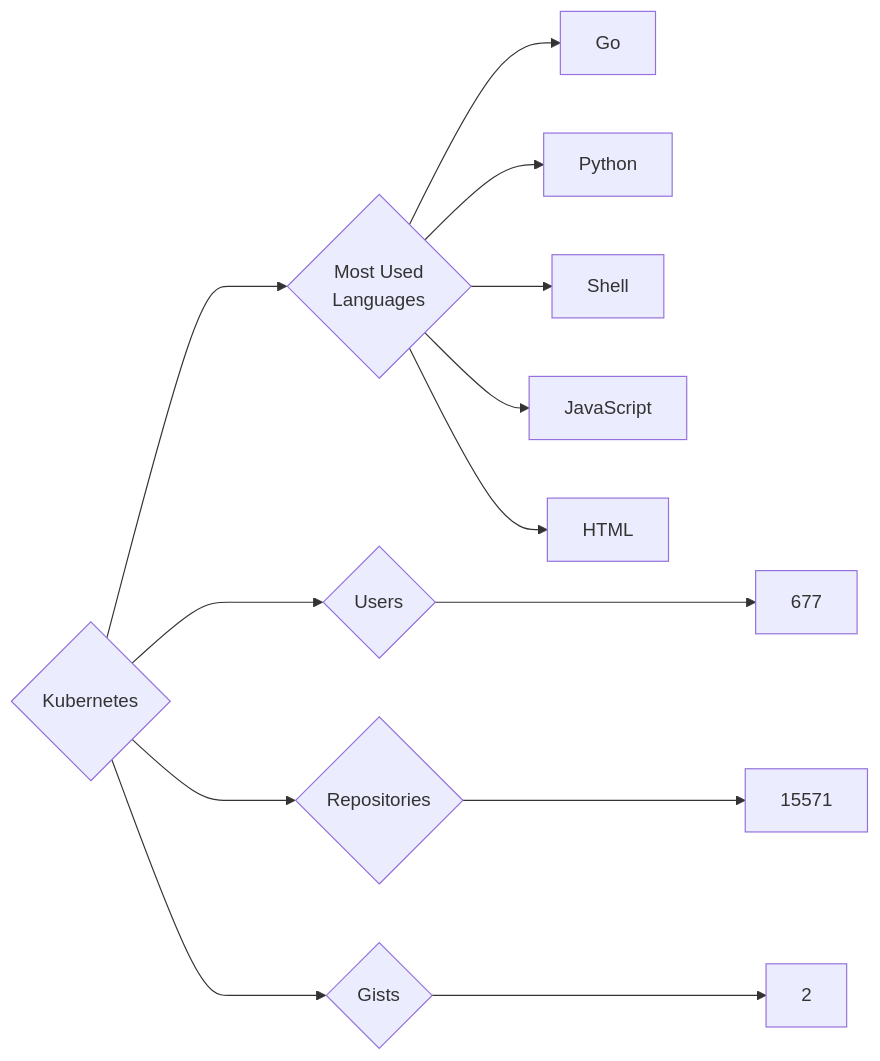
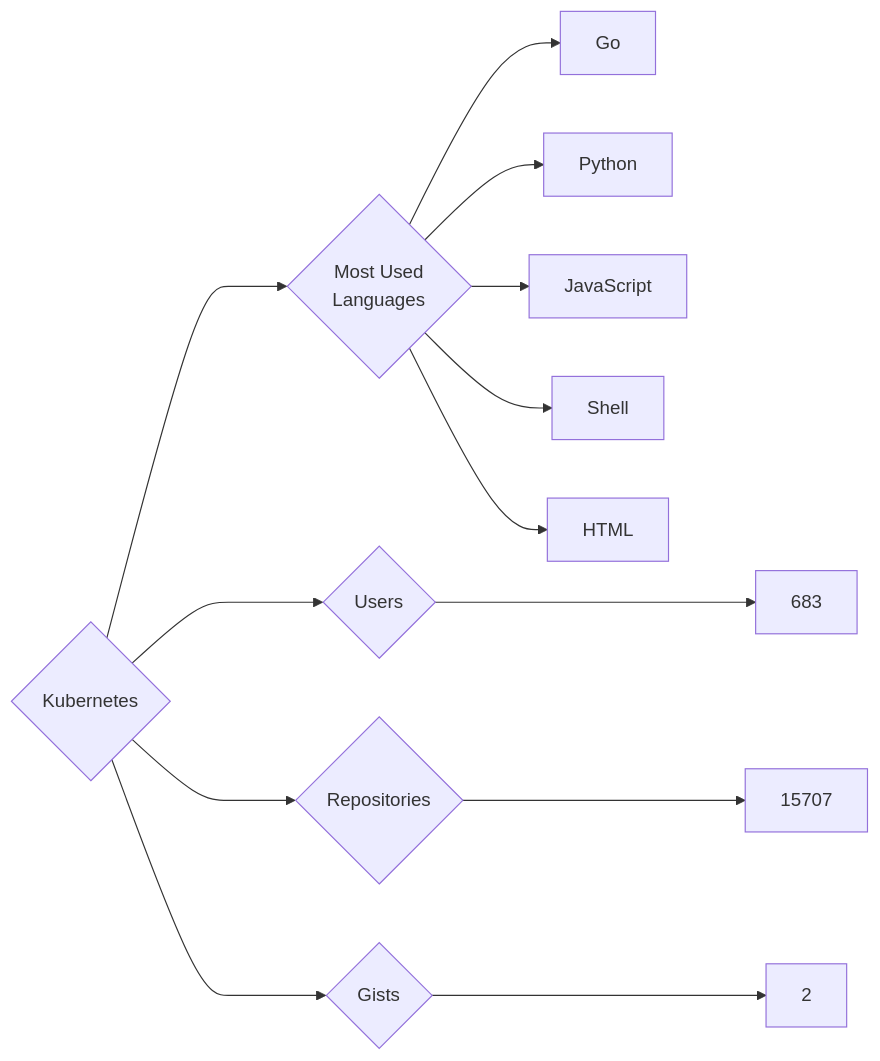
One commit to trickest/insiders changed the diagram in targets/Kubernetes/README.md. Above: the diagram before and after it, drawn with Mermaid. The commit also changed 715 other files, not shown here.

````diff
--- a/targets/Kubernetes/README.md
+++ b/targets/Kubernetes/README.md
@@ -3,13 +3,13 @@
 ```mermaid
 graph LR
 COMPANY_NAME{Kubernetes}
-COMPANY_NAME ---> U{Users} ---> UN[677]
-COMPANY_NAME ---> R{Repositories} ---> RN[15571]
+COMPANY_NAME ---> U{Users} ---> UN[683]
+COMPANY_NAME ---> R{Repositories} ---> RN[15707]
 COMPANY_NAME ---> G{Gists} ---> GN[2]
 COMPANY_NAME ---> ML{Most Used<br>Languages}
 ML --> Go[Go]
 ML --> Python[Python]
+ML --> JavaScript[JavaScript]
 ML --> Shell[Shell]
-ML --> JavaScript[JavaScript]
 ML --> HTML[HTML]
 ```
````
